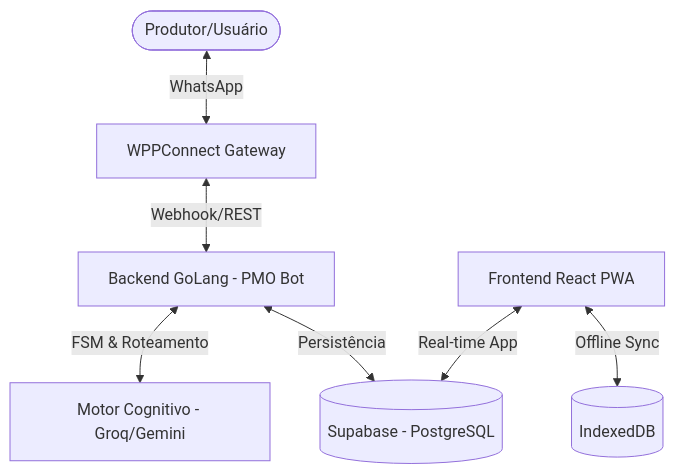
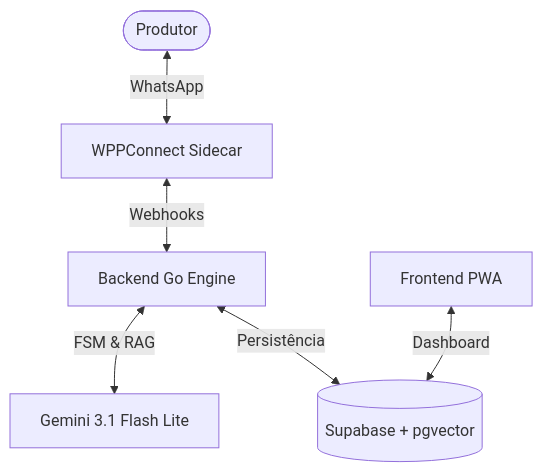
Before and after one commit to thebrunm97/manejo-org: the diagram in README.md, drawn with Mermaid. The commit also changed other lines of this file and 114 other files, not shown here.

````diff
--- a/README.md
+++ b/README.md
@@ -17,9 +18,8 @@
 ```mermaid
 graph TD
-    User([Produtor/Usuário]) <-->|WhatsApp| WPP[WPPConnect Gateway]
-    WPP <-->|Webhook/REST| BE[Backend GoLang - PMO Bot]
-    BE <-->|FSM & Roteamento| LLM[Motor Cognitivo - Groq/Gemini]
-    BE <-->|Persistência| DB[(Supabase - PostgreSQL)]
-    FE[Frontend React PWA] <-->|Real-time App| DB
-    FE <-->|Offline Sync| IDB[(IndexedDB)]
+    User([Produtor]) <-->|WhatsApp| WPP[WPPConnect Sidecar]
+    WPP <-->|Webhooks| BE[Backend Go Engine]
+    BE <-->|FSM & RAG| LLM[Gemini 3.1 Flash Lite]
+    BE <-->|Persistência| DB[(Supabase + pgvector)]
+    FE[Frontend PWA] <-->|Dashboard| DB
 ```
````
